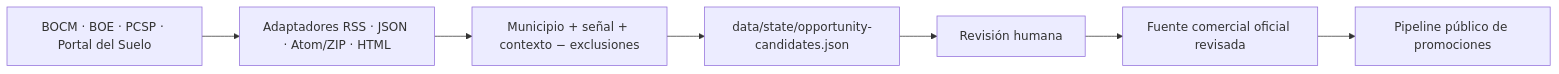
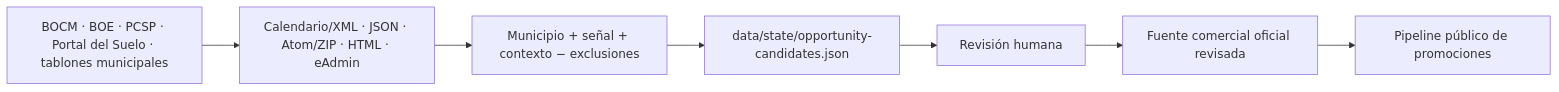
Before and after one commit to Javiig13/SierraNueva: the second of 2 diagrams in docs/architecture.md, drawn with Mermaid. The commit also changed other lines of this file and 15 other files, not shown here.

````diff
--- a/docs/architecture.md
+++ b/docs/architecture.md
@@ -24,9 +24,9 @@
 ```mermaid
 flowchart LR
-    F["BOCM · BOE · PCSP · Portal del Suelo"] --> A["Adaptadores RSS · JSON · Atom/ZIP · HTML"]
+    F["BOCM · BOE · PCSP · Portal del Suelo · tablones municipales"] --> A["Calendario/XML · JSON · Atom/ZIP · HTML · eAdmin"]
     A --> R["Municipio + señal + contexto − exclusiones"]
     R --> S["data/state/opportunity-candidates.json"]
     S --> V["Revisión humana"]
     V --> O["Fuente comercial oficial revisada"]
     O --> C["Pipeline público de promociones"]
 ```
````
